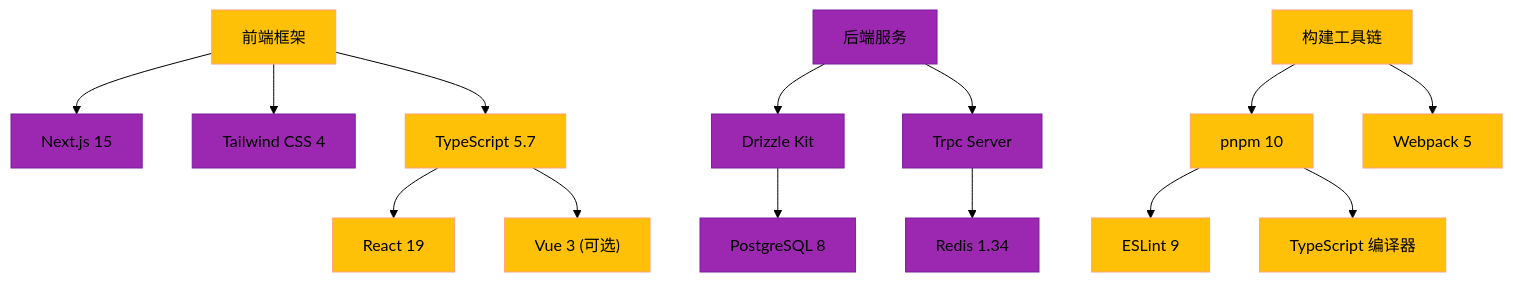
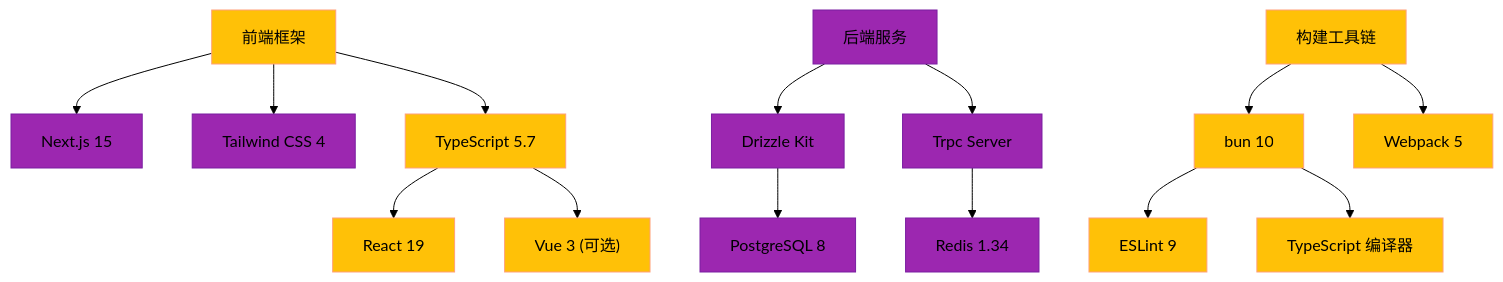
One commit to eonova/eonova.me changed the diagram in README.md. Above: the diagram before and after it, drawn with Mermaid (forest theme). The commit also changed other lines of this file and 3 other files, not shown here.

````diff
--- a/README.md
+++ b/README.md
@@ -21,25 +21,25 @@
 ```mermaid
 graph TD
     A[前端框架] --> B["Next.js 15"]
     A --> C["Tailwind CSS 4"]
     A --> D["TypeScript 5.7"]
     D --> E["React 19"]
     D --> F["Vue 3 (可选)"]
     
     G[后端服务] --> H["Drizzle Kit"]
     G --> I["Trpc Server"]
     H --> J["PostgreSQL 8"]
     I --> K["Redis 1.34"]
     
-    L[构建工具链] --> M["pnpm 10"]
+    L[构建工具链] --> M["bun 10"]
     L --> N["Webpack 5"]
     M --> O["ESLint 9"]
     M --> P["TypeScript 编译器"]
     
     classDef framework fill:#2196F3,stroke:#1976D2;
     classDef service fill:#FFC107,stroke:#FFA07A;
     classDef build fill:#9C27B0,stroke:#7B1FA2;
     
     class A,F,D,E,L,N,M,O,P service;
     class B,C,G,H,I,J,K build;
 ```
````
